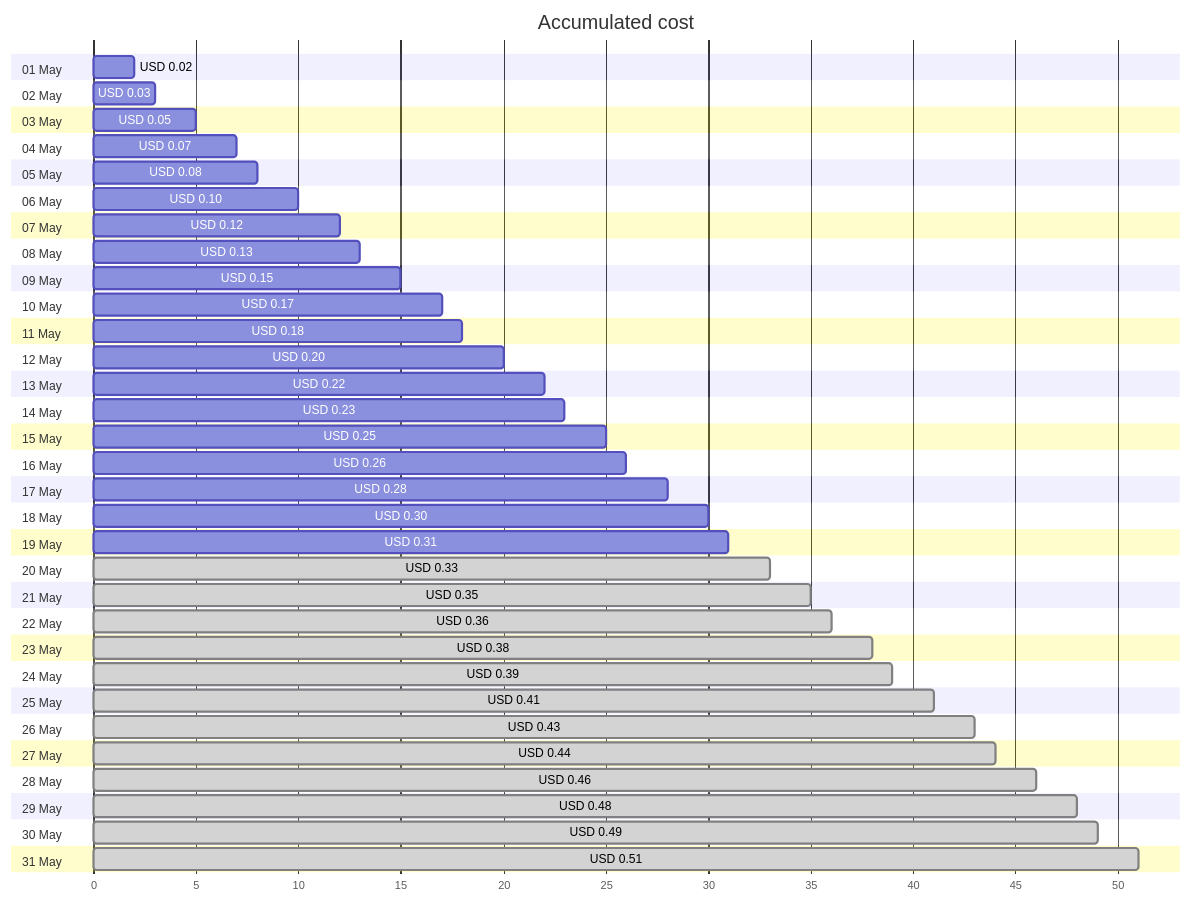
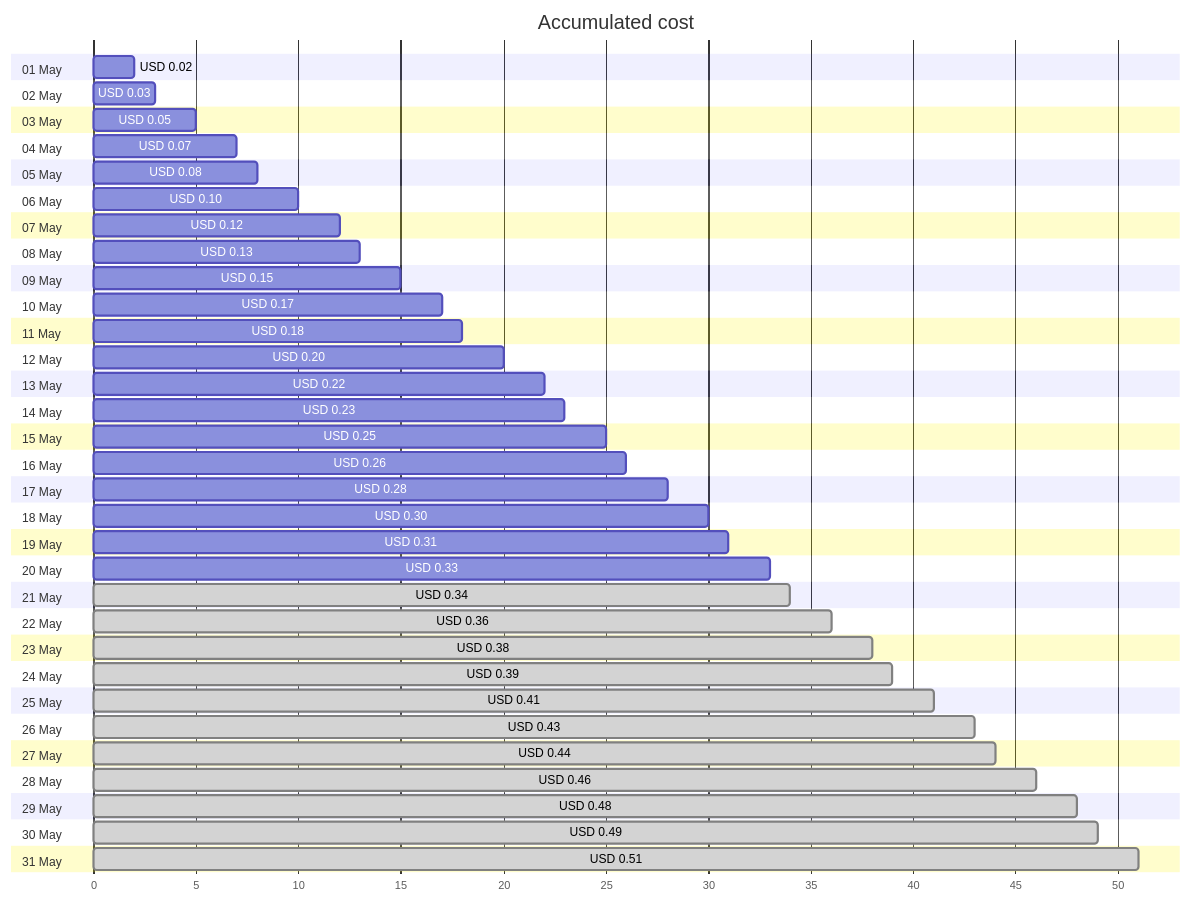
The first of 4 diagrams in cost-reports/personal-dns/jpatrickfulton.dev.md (jpfulton/azure-personal-reports), drawn with Mermaid before and after one commit. The commit also changed other lines of this file and 2 other files, not shown here.

````diff
--- a/cost-reports/personal-dns/jpatrickfulton.dev.md
+++ b/cost-reports/personal-dns/jpatrickfulton.dev.md
@@ -20,68 +20,68 @@
 ```mermaid
 gantt
    title Accumulated cost
    dateFormat  X
    axisFormat %s
    section 01 May
    USD 0.02 :0, 2
    section 02 May
    USD 0.03 :0, 3
    section 03 May
    USD 0.05 :0, 5
    section 04 May
    USD 0.07 :0, 7
    section 05 May
    USD 0.08 :0, 8
    section 06 May
    USD 0.10 :0, 10
    section 07 May
    USD 0.12 :0, 12
    section 08 May
    USD 0.13 :0, 13
    section 09 May
    USD 0.15 :0, 15
    section 10 May
    USD 0.17 :0, 17
    section 11 May
    USD 0.18 :0, 18
    section 12 May
    USD 0.20 :0, 20
    section 13 May
    USD 0.22 :0, 22
    section 14 May
    USD 0.23 :0, 23
    section 15 May
    USD 0.25 :0, 25
    section 16 May
    USD 0.26 :0, 26
    section 17 May
    USD 0.28 :0, 28
    section 18 May
    USD 0.30 :0, 30
    section 19 May
    USD 0.31 :0, 31
    section 20 May
-   USD 0.33 : done, 0, 33
+   USD 0.33 :0, 33
    section 21 May
-   USD 0.35 : done, 0, 35
+   USD 0.34 : done, 0, 34
    section 22 May
    USD 0.36 : done, 0, 36
    section 23 May
    USD 0.38 : done, 0, 38
    section 24 May
    USD 0.39 : done, 0, 39
    section 25 May
    USD 0.41 : done, 0, 41
    section 26 May
    USD 0.43 : done, 0, 43
    section 27 May
    USD 0.44 : done, 0, 44
    section 28 May
    USD 0.46 : done, 0, 46
    section 29 May
    USD 0.48 : done, 0, 48
    section 30 May
    USD 0.49 : done, 0, 49
    section 31 May
    USD 0.51 : done, 0, 51
 ```
````
